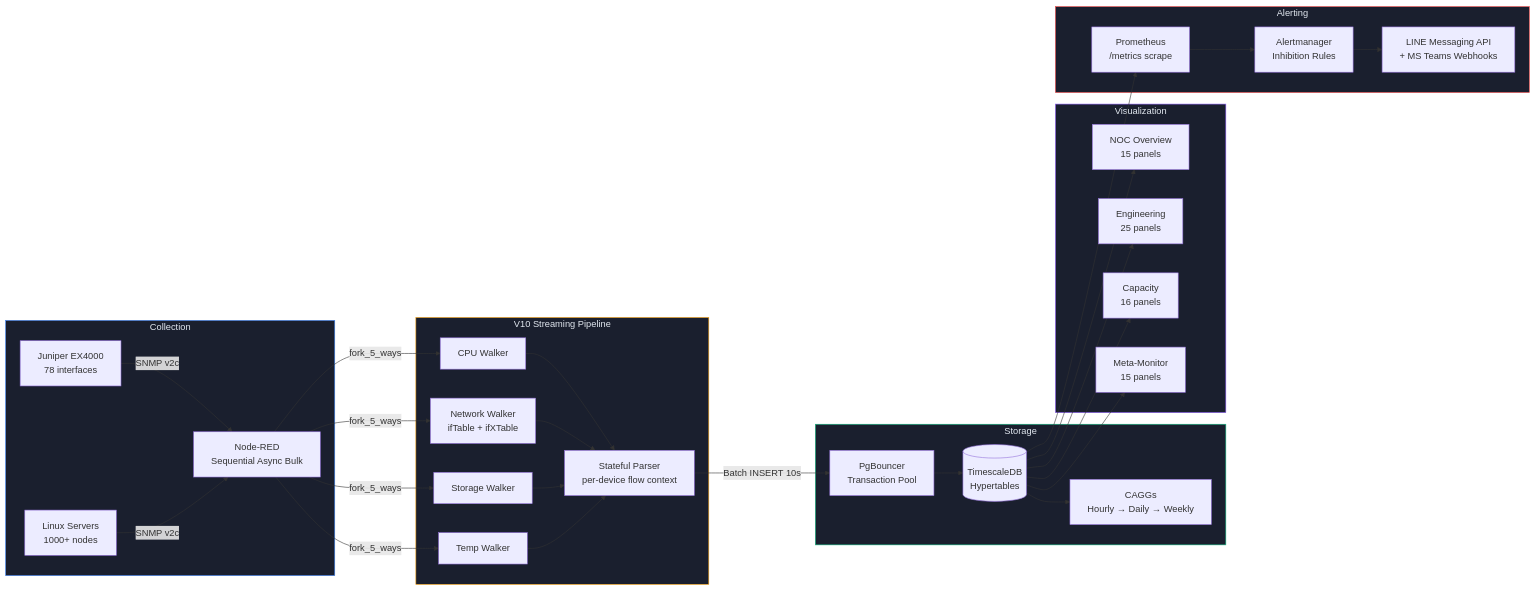
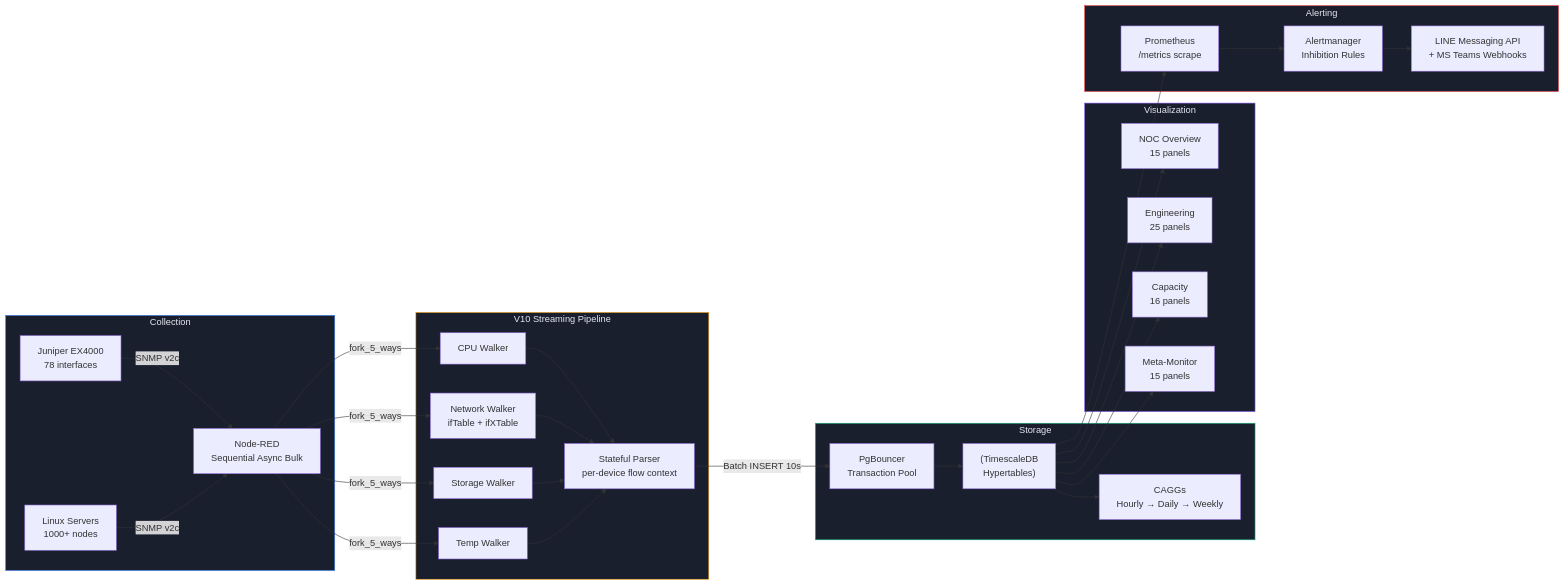
Before and after one commit to PATTANAKORN025/IMS: the diagram in README-th.md, drawn with Mermaid. The commit also changed 5 other files, not shown here.

Commit message:
docs: Fix mermaid diagram parsing errors and asset links

````diff
--- a/README-th.md
+++ b/README-th.md
@@ -143,43 +143,43 @@
 ```mermaid
 flowchart LR
     subgraph Collection ["Collection"]
-        J[Juniper EX4000\n78 interfaces] -->|SNMP v2c| W[Node-RED\nSequential Async Bulk]
-        S[Linux Servers\n1000+ nodes] -->|SNMP v2c| W
+        J["Juniper EX4000\n78 interfaces"] -->|SNMP v2c| W["Node-RED\nSequential Async Bulk"]
+        S["Linux Servers\n1000+ nodes"] -->|SNMP v2c| W
     end
 
     subgraph Processing ["V10 Streaming Pipeline"]
         W -->|fork_5_ways| CPU[CPU Walker]
-        W -->|fork_5_ways| NET[Network Walker\nifTable + ifXTable]
+        W -->|fork_5_ways| NET["Network Walker\nifTable + ifXTable"]
         W -->|fork_5_ways| STO[Storage Walker]
         W -->|fork_5_ways| TMP[Temp Walker]
-        CPU --> P[Stateful Parser\nper-device flow context]
+        CPU --> P["Stateful Parser\nper-device flow context"]
         NET --> P
         STO --> P
         TMP --> P
     end
 
     subgraph Storage ["Storage"]
-        P -->|Batch INSERT 10s| B[PgBouncer\nTransaction Pool]
-        B --> T[(TimescaleDB\nHypertables)]
-        T --> CAGG[CAGGs\nHourly → Daily → Weekly]
+        P -->|Batch INSERT 10s| B["PgBouncer\nTransaction Pool"]
+        B --> T["(TimescaleDB\nHypertables)"]
+        T --> CAGG["CAGGs\nHourly → Daily → Weekly"]
     end
 
     subgraph Visualization ["Visualization"]
-        T --> G1[NOC Overview\n15 panels]
-        T --> G2[Engineering\n25 panels]
-        T --> G3[Capacity\n16 panels]
-        T --> G4[Meta-Monitor\n15 panels]
+        T --> G1["NOC Overview\n15 panels"]
+        T --> G2["Engineering\n25 panels"]
+        T --> G3["Capacity\n16 panels"]
+        T --> G4["Meta-Monitor\n15 panels"]
     end
 
     subgraph Alerting ["Alerting"]
-        T --> PR[Prometheus\n/metrics scrape]
-        PR --> AM[Alertmanager\nInhibition Rules]
-        AM --> WEB[LINE Messaging API\n+ MS Teams Webhooks]
+        T --> PR["Prometheus\n/metrics scrape"]
+        PR --> AM["Alertmanager\nInhibition Rules"]
+        AM --> WEB["LINE Messaging API\n+ MS Teams Webhooks"]
     end
 
     style Collection fill:#1a1f2e,stroke:#3B82F6,color:#e2e8f0
     style Processing fill:#1a1f2e,stroke:#F59E0B,color:#e2e8f0
     style Storage fill:#1a1f2e,stroke:#10B981,color:#e2e8f0
     style Visualization fill:#1a1f2e,stroke:#8B5CF6,color:#e2e8f0
     style Alerting fill:#1a1f2e,stroke:#EF4444,color:#e2e8f0
 ```
````
